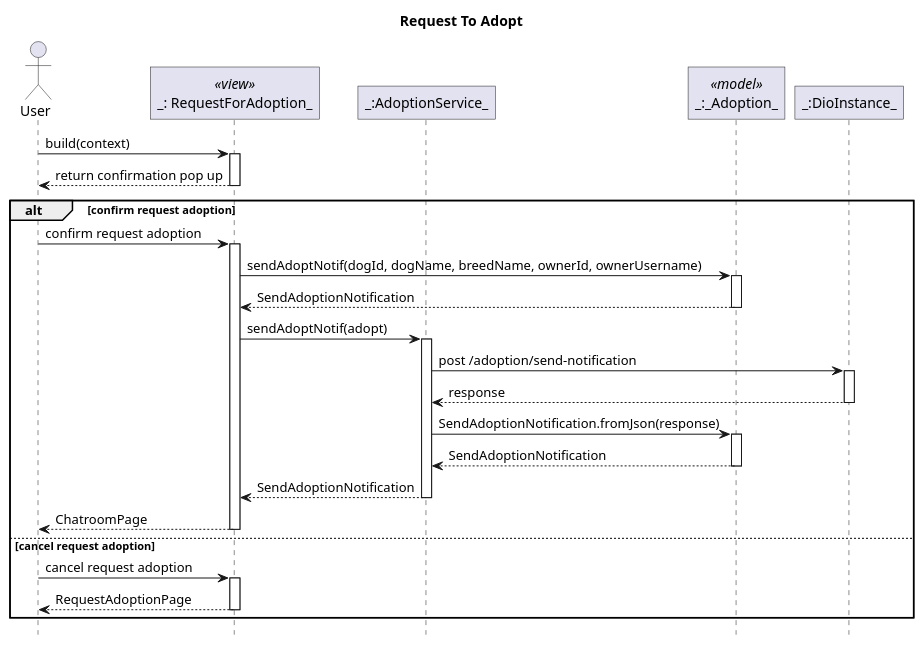
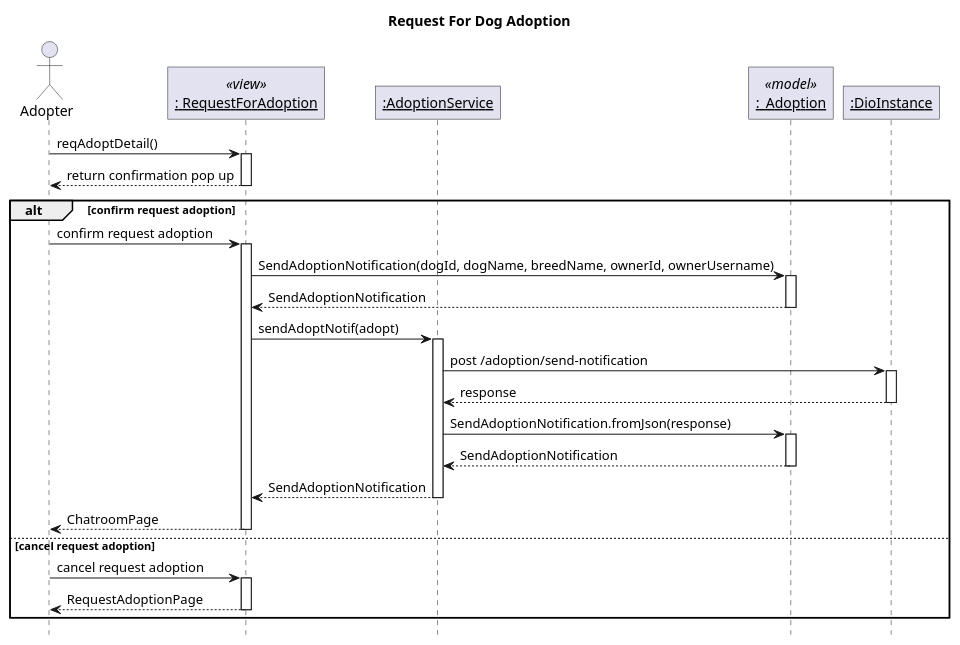
One commit to sharoncedila/FO_woofers changed the diagram in lib/plantuml/adoption/request to adopt.puml. Above: the diagram before and after it, drawn with PlantUML. The commit also changed 31 other files, not shown here.

Commit message:
push updated sequence plantuml

```diff
--- a/lib/plantuml/adoption/request to adopt.puml
+++ b/lib/plantuml/adoption/request to adopt.puml
@@ -1,37 +1,37 @@
-@startuml RequestToAdopt
+@startuml Request For Dog Adoption
 ' Global param
-title  Request To Adopt
+title  Request For Dog Adoption
 autoactivate on
 
 ' Global style configuration
 skinparam RoundCorner 0
 hide footbox
 
 ' Sequence participant configuration
-actor User
-participant "_: RequestForAdoption_" as  Page <<view>>
-participant "_:AdoptionService_" as Service
-participant "_:_Adoption_" as Model <<model>>
-participant "_:DioInstance_" as Dio
+actor "Adopter" as User
+participant "__: RequestForAdoption__" as  Page <<view>>
+participant "__:AdoptionService__" as Service
+participant "__:_Adoption__" as Model <<model>>
+participant "__:DioInstance__" as Dio
 
 
 ' Sequence diagram
-User -> Page: build(context)
+User -> Page: reqAdoptDetail()
 User <-- Page: return confirmation pop up
 alt confirm request adoption
 User -> Page: confirm request adoption
-Page -> Model: sendAdoptNotif(dogId, dogName, breedName, ownerId, ownerUsername)
+Page -> Model: SendAdoptionNotification(dogId, dogName, breedName, ownerId, ownerUsername)
 Page <-- Model: SendAdoptionNotification
 Page -> Service: sendAdoptNotif(adopt)
 Service -> Dio: post /adoption/send-notification
 Service <-- Dio: response
 Service -> Model: SendAdoptionNotification.fromJson(response)
 Service <-- Model: SendAdoptionNotification
 Page <-- Service: SendAdoptionNotification
 User <-- Page: ChatroomPage
 else cancel request adoption
 User -> Page: cancel request adoption
 User <-- Page: RequestAdoptionPage
 end
 
 @enduml
```
